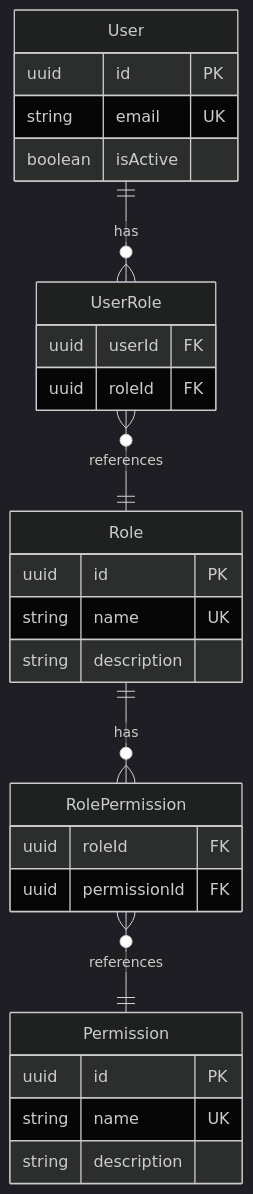
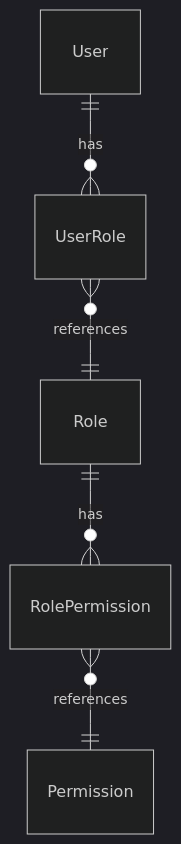
The third of 5 diagrams in docs/SECURITY-ARCHITECTURE.md (marinoscar/EnterpriseAppBase), drawn with Mermaid (dark theme) before and after one commit. The commit also changed other lines of this file and 134 other files, not shown here.

````diff
--- a/docs/SECURITY-ARCHITECTURE.md
+++ b/docs/SECURITY-ARCHITECTURE.md
@@ -271,35 +322,7 @@
 ```mermaid
 erDiagram
     User ||--o{ UserRole : has
     UserRole }o--|| Role : references
     Role ||--o{ RolePermission : has
     RolePermission }o--|| Permission : references
-
-    User {
-        uuid id PK
-        string email UK
-        boolean isActive
-    }
-
-    Role {
-        uuid id PK
-        string name UK
-        string description
-    }
-
-    Permission {
-        uuid id PK
-        string name UK
-        string description
-    }
-
-    UserRole {
-        uuid userId FK
-        uuid roleId FK
-    }
-
-    RolePermission {
-        uuid roleId FK
-        uuid permissionId FK
-    }
 ```
````
